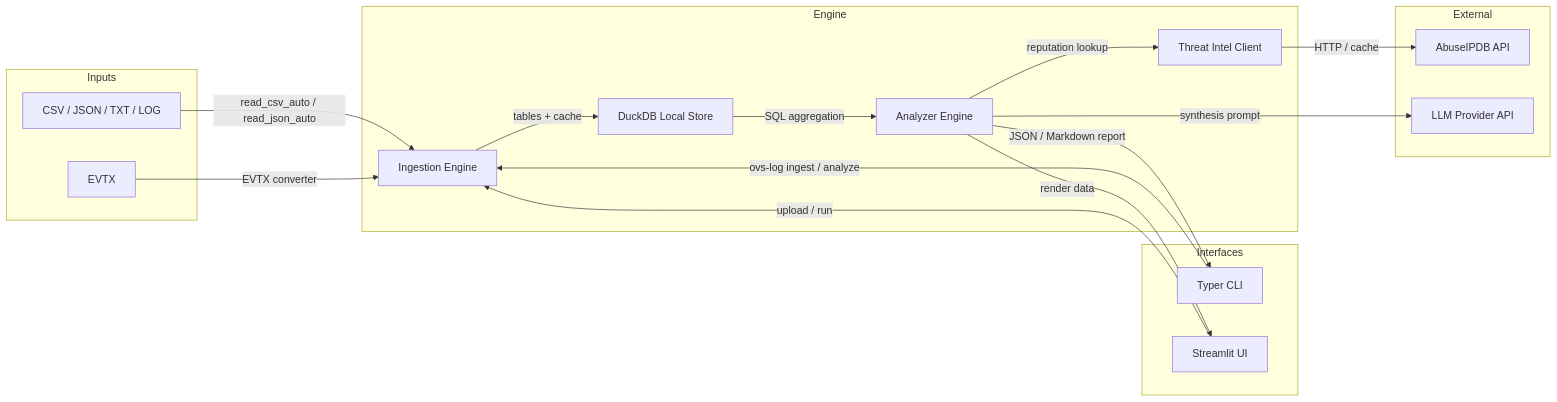
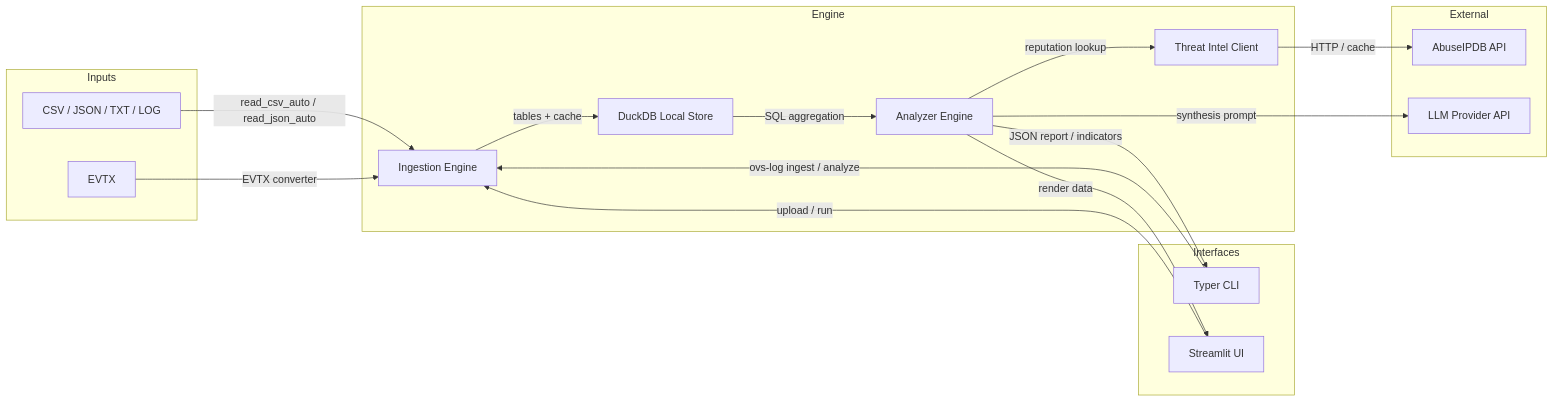
The first of 2 diagrams in docs/architecture.md (doubledare704/ovs-logs), drawn with Mermaid before and after one commit. The commit also changed other lines of this file and 32 other files, not shown here.

````diff
--- a/docs/architecture.md
+++ b/docs/architecture.md
@@ -27,33 +27,33 @@
 ```mermaid
 graph LR
     subgraph Inputs
         A1[CSV / JSON / TXT / LOG]
         A2[EVTX]
     end
     subgraph Interfaces
         B1[Typer CLI]
         B2[Streamlit UI]
     end
     subgraph Engine
         C1[Ingestion Engine]
         C2[DuckDB Local Store]
         C3[Analyzer Engine]
         C4[Threat Intel Client]
     end
     subgraph External
         E1[AbuseIPDB API]
         E2[LLM Provider API]
     end
 
     A1 -->|read_csv_auto / read_json_auto| C1
     A2 -->|EVTX converter| C1
     B1 -->|ovs-log ingest / analyze| C1
     B2 -->|upload / run| C1
     C1 -->|tables + cache| C2
     C2 -->|SQL aggregation| C3
     C3 -->|reputation lookup| C4
     C4 -->|HTTP / cache| E1
     C3 -->|synthesis prompt| E2
-    C3 -->|JSON / Markdown report| B1
+    C3 -->|JSON report / indicators| B1
     C3 -->|render data| B2
 ```
````
